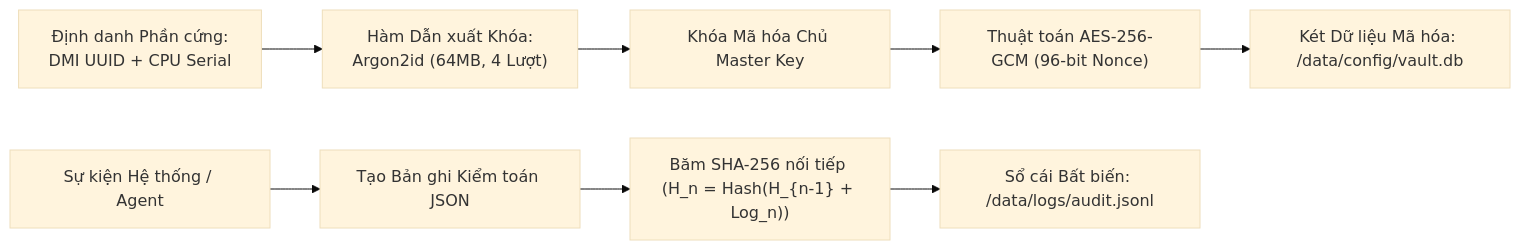
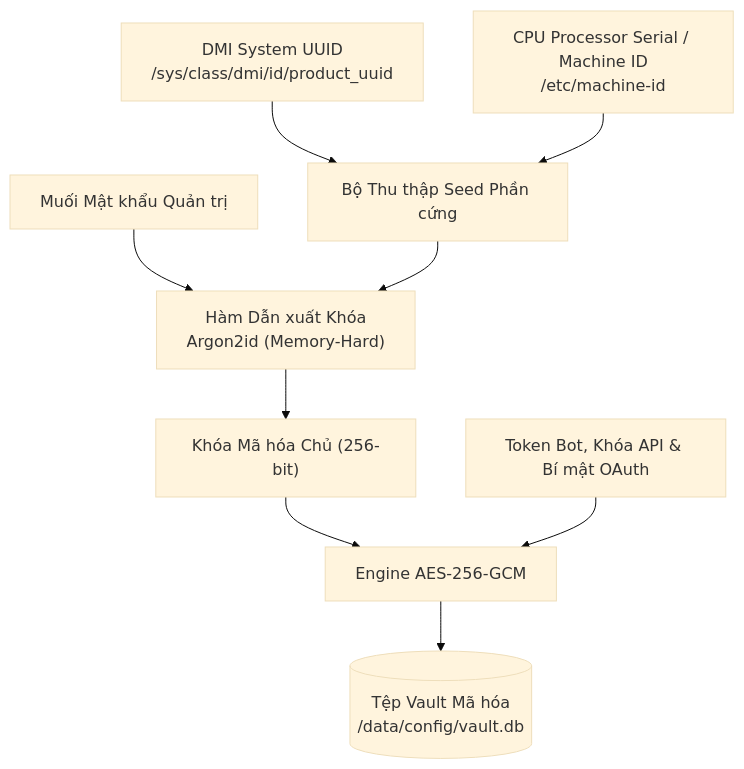
Before and after one commit to actonos/docs: the first of 2 diagrams in i18n/vi/docusaurus-plugin-content-docs/version-0.1/advanced-architecture/hardware-vault-security.mdx, drawn with Mermaid (base theme). The commit also changed other lines of this file and 57 other files, not shown here.

````diff
--- a/i18n/vi/docusaurus-plugin-content-docs/version-0.1/advanced-architecture/hardware-vault-security.mdx
+++ b/i18n/vi/docusaurus-plugin-content-docs/version-0.1/advanced-architecture/hardware-vault-security.mdx
@@ -12,11 +12,11 @@
 ```mermaid
-flowchart LR
-    A["Định danh Phần cứng:<br/>DMI UUID + CPU Serial"] --> B["Hàm Dẫn xuất Khóa:<br/>Argon2id (64MB, 4 Lượt)"]
-    B --> C["Khóa Mã hóa Chủ Master Key"]
-    C --> D["Thuật toán AES-256-GCM (96-bit Nonce)"]
-    D --> E["Két Dữ liệu Mã hóa: /data/config/vault.db"]
-    
-    F["Sự kiện Hệ thống / Agent"] --> G["Tạo Bản ghi Kiểm toán JSON"]
-    G --> H["Băm SHA-256 nối tiếp (H_n = Hash(H_{n-1} + Log_n))"]
-    H --> I["Sổ cái Bất biến: /data/logs/audit.jsonl"]
+flowchart TD
+    A["DMI System UUID<br/>/sys/class/dmi/id/product_uuid"] --> C["Bộ Thu thập Seed Phần cứng"]
+    B["CPU Processor Serial / Machine ID<br/>/etc/machine-id"] --> C
+    D["Muối Mật khẩu Quản trị"] --> E["Hàm Dẫn xuất Khóa<br/>Argon2id (Memory-Hard)"]
+    C --> E
+    E --> F["Khóa Mã hóa Chủ (256-bit)"]
+    F --> G["Engine AES-256-GCM"]
+    H["Token Bot, Khóa API & Bí mật OAuth"] --> G
+    G --> I[("Tệp Vault Mã hóa<br/>/data/config/vault.db")]
 ```
````
